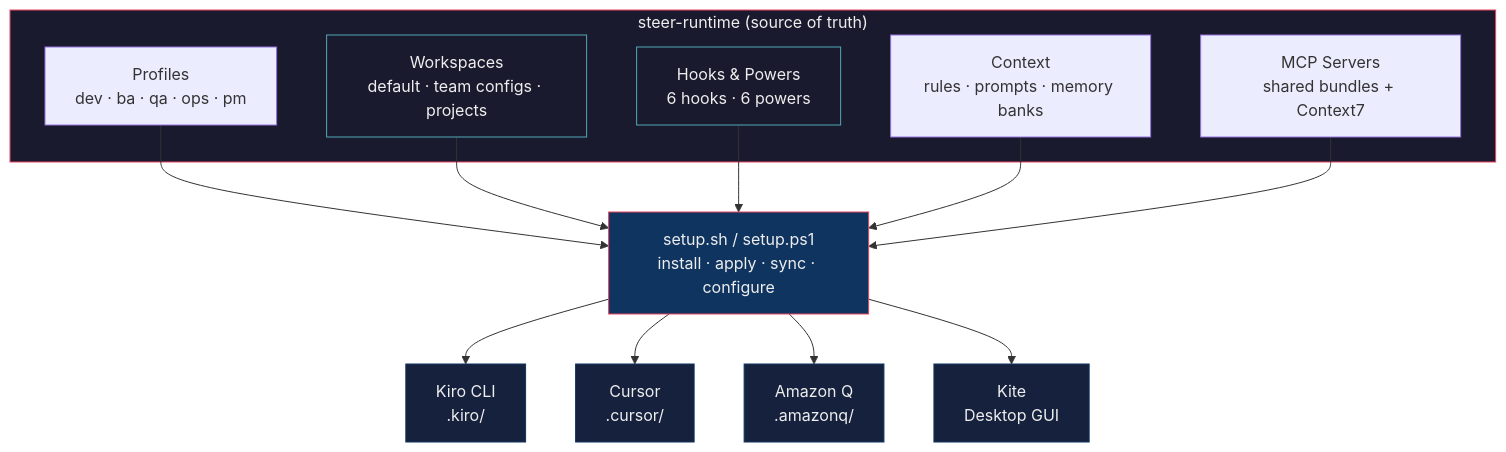
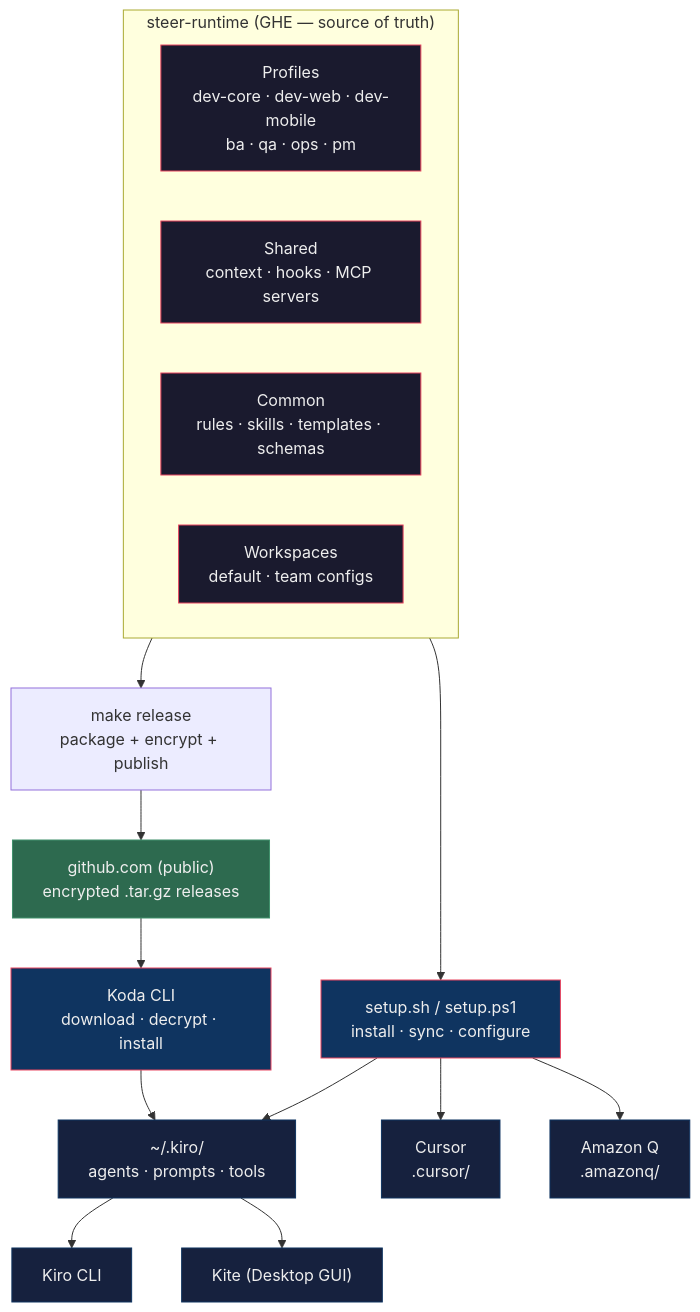
One commit to rsanchez-disney/steer-runtime changed the diagram in docs/REFERENCE.md. Above: the diagram before and after it, drawn with Mermaid. The commit also changed other lines of this file, not shown here.

````diff
--- a/docs/REFERENCE.md
+++ b/docs/REFERENCE.md
@@ -167,32 +189,34 @@
 ```mermaid
 graph TD
-    subgraph src["steer-runtime (source of truth)"]
-        profiles["Profiles<br/>dev · ba · qa · ops · pm"]
-        workspaces["Workspaces<br/>default · team configs · projects"]
-        hooks["Hooks & Powers<br/>6 hooks · 6 powers"]
-        context["Context<br/>rules · prompts · memory banks"]
-        mcp["MCP Servers<br/>shared bundles + Context7"]
+    classDef source fill:#1a1a2e,stroke:#e94560,color:#eee
+    classDef tool fill:#0f3460,stroke:#e94560,color:#eee
+    classDef target fill:#16213e,stroke:#0f3460,color:#eee
+    classDef public fill:#2d6a4f,stroke:#40916c,color:#eee
+
+    subgraph src["steer-runtime (GHE — source of truth)"]
+        profiles["Profiles<br/>dev-core · dev-web · dev-mobile<br/>ba · qa · ops · pm"]
+        shared["Shared<br/>context · hooks · MCP servers"]
+        common["Common<br/>rules · skills · templates · schemas"]
+        workspaces["Workspaces<br/>default · team configs"]
     end
 
-    profiles --> setup
-    workspaces --> setup
-    hooks --> setup
-    context --> setup
-    mcp --> setup
+    src --> makefile["make release<br/>package + encrypt + publish"]
+    makefile --> public_repo["github.com (public)<br/>encrypted .tar.gz releases"]:::public
 
-    setup["setup.sh / setup.ps1<br/>install · apply · sync · configure"]
+    public_repo --> koda["Koda CLI<br/>download · decrypt · install"]:::tool
 
-    setup --> kiro["Kiro CLI<br/>.kiro/"]
-    setup --> cursor["Cursor<br/>.cursor/"]
-    setup --> amazonq["Amazon Q<br/>.amazonq/"]
-    setup --> kite["Kite<br/>Desktop GUI"]
+    koda --> kiro["~/.kiro/<br/>agents · prompts · tools"]:::target
 
-    style src fill:#1a1a2e,stroke:#e94560,color:#eee
-    style setup fill:#0f3460,stroke:#e94560,color:#eee
-    style workspaces fill:#1a1a2e,stroke:#53a8b6,color:#eee
-    style hooks fill:#1a1a2e,stroke:#53a8b6,color:#eee
-    style kiro fill:#16213e,stroke:#0f3460,color:#eee
-    style cursor fill:#16213e,stroke:#0f3460,color:#eee
-    style amazonq fill:#16213e,stroke:#0f3460,color:#eee
-    style kite fill:#16213e,stroke:#0f3460,color:#eee
+    src --> setup["setup.sh / setup.ps1<br/>install · sync · configure"]:::tool
+    setup --> kiro
+    setup --> cursor["Cursor<br/>.cursor/"]:::target
+    setup --> amazonq["Amazon Q<br/>.amazonq/"]:::target
+
+    kiro --> kirocli["Kiro CLI"]:::target
+    kiro --> kite["Kite (Desktop GUI)"]:::target
+
+    class profiles source
+    class shared source
+    class common source
+    class workspaces source
 ```
````
